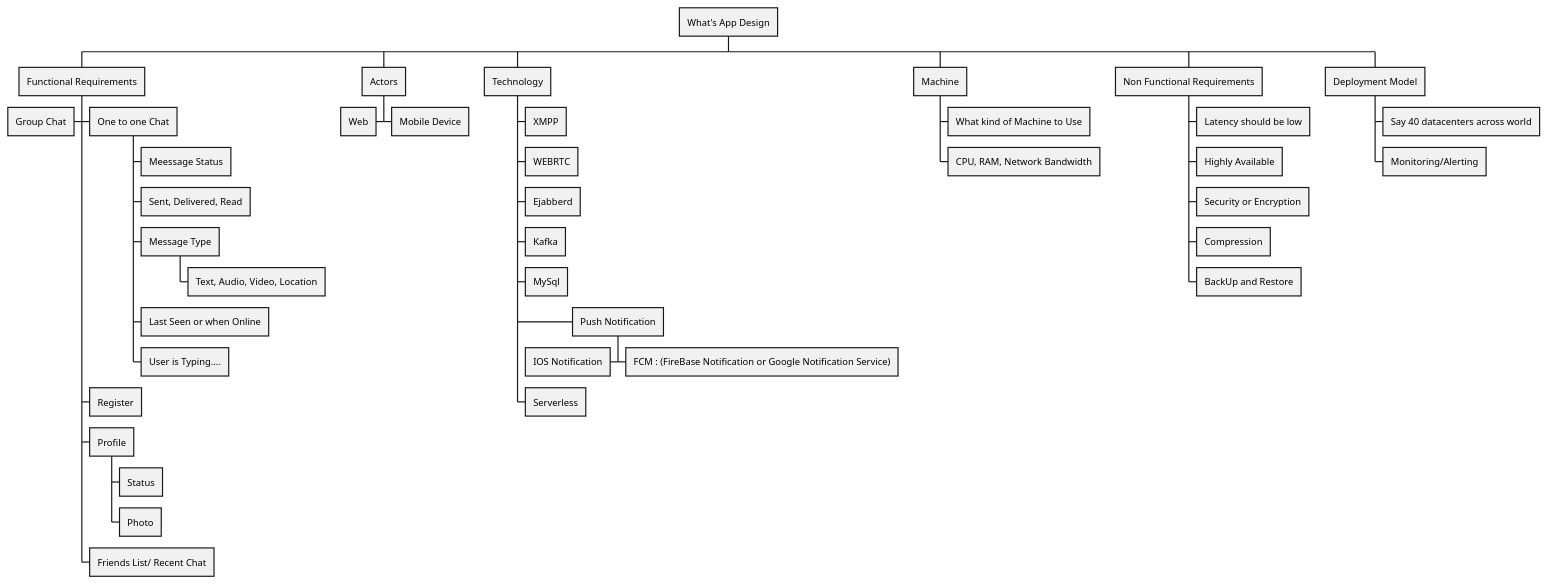
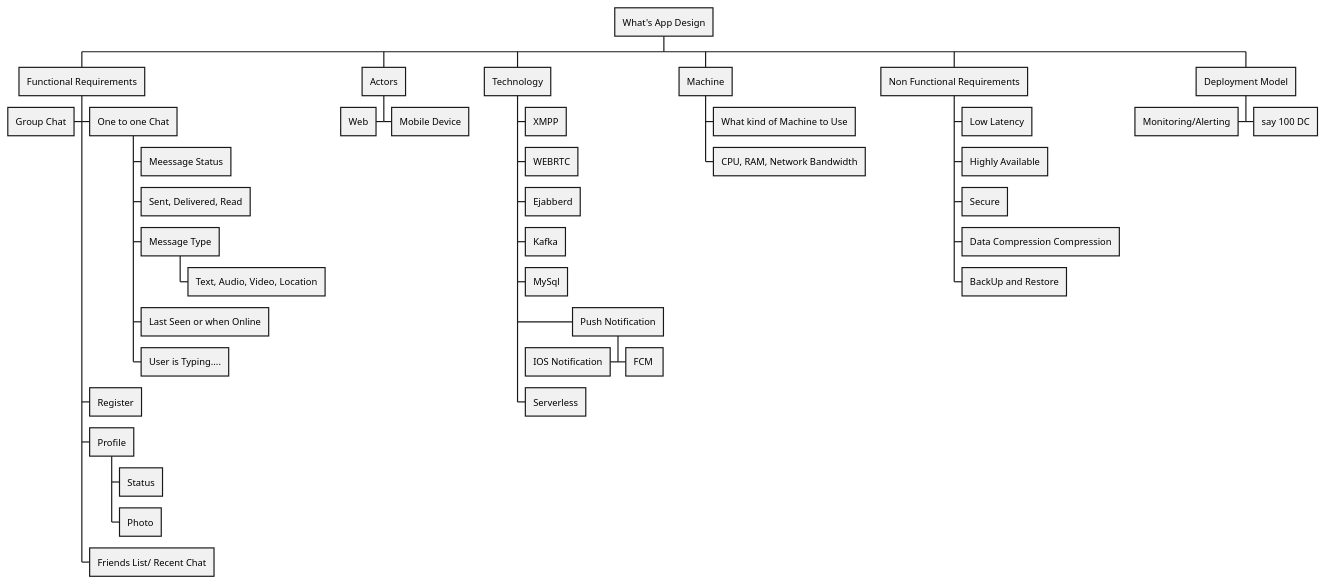
Before and after one commit to santojos/Distributed-Systems: the diagram in Design/Instant-Messaging/requirements.iuml, drawn with PlantUML.

```diff
--- a/Design/Instant-Messaging/requirements.iuml
+++ b/Design/Instant-Messaging/requirements.iuml
@@ -1,53 +1,53 @@
 @startwbs
 'https://plantuml.com/wbs-diagram
 
 * What's App Design
 ** Functional Requirements
 *** One to one Chat
 **** Meessage Status
 **** Sent, Delivered, Read
 **** Message Type
 ***** Text, Audio, Video, Location
 **** Last Seen or when Online
 **** User is Typing....
 --- Group Chat
 *** Register
 *** Profile
 **** Status
 **** Photo
 *** Friends List/ Recent Chat
 
 
 
 ** Actors
 *** Mobile Device
 --- Web
 
 ** Technology
 *** XMPP
 *** WEBRTC
 *** Ejabberd
 *** Kafka
 *** MySql
 *** Push Notification
-**** FCM : (FireBase Notification or Google Notification Service)
+**** FCM 
 ---- IOS Notification
 *** Serverless
 
 ** Machine
 *** What kind of Machine to Use
 *** CPU, RAM, Network Bandwidth
 
 ** Non Functional Requirements
-*** Latency should be low
+*** Low Latency
 *** Highly Available
-*** Security or Encryption
-*** Compression
+*** Secure
+*** Data Compression Compression
 *** BackUp and Restore
 
 
 ** Deployment Model
-*** Say 40 datacenters across world
-*** Monitoring/Alerting
+*** say 100 DC
+--- Monitoring/Alerting
 
 @endwbs
```
